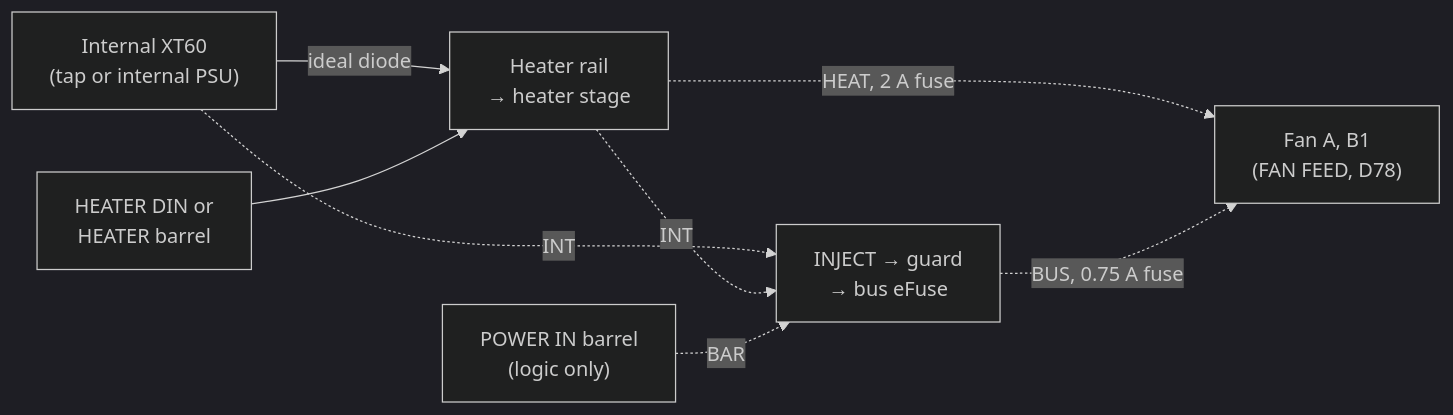
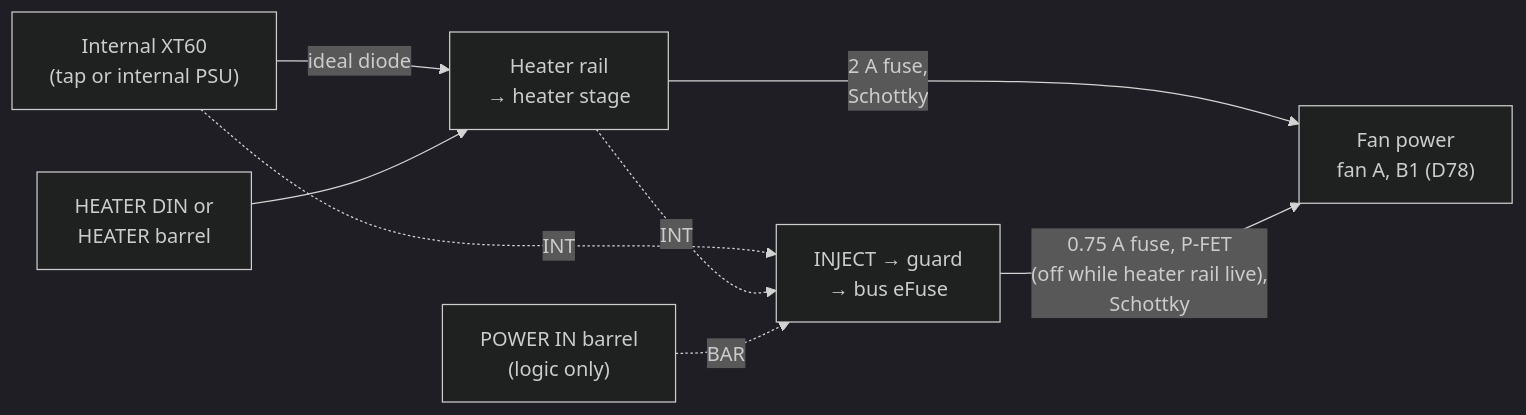
Before and after one commit to BashfulBits/3dp-fleet-exhaust: the second of 3 diagrams in docs/02_hardware_specification.md, drawn with Mermaid (dark theme). The commit also changed other lines of this file and 5 other files, not shown here.

First line of the commit message:
D78: automatic fan power feed instead of the FAN FEED shunt

````diff
--- a/docs/02_hardware_specification.md
+++ b/docs/02_hardware_specification.md
@@ -68,10 +68,10 @@
 ```mermaid
 flowchart LR
   HIN["Internal XT60<br>(tap or internal PSU)"] -->|"ideal diode"| HR["Heater rail<br>→ heater stage"]
   HB["HEATER DIN or<br>HEATER barrel"] --> HR
   HIN -.->|"INT"| EF["INJECT → guard<br>→ bus eFuse"]
   HR -.->|"INT"| EF
   BAR["POWER IN barrel<br>(logic only)"] -.->|"BAR"| EF
-  HR -.->|"HEAT, 2 A fuse"| FF["Fan A, B1<br>(FAN FEED, D78)"]
-  EF -.->|"BUS, 0.75 A fuse"| FF
+  HR -->|"2 A fuse,<br>Schottky"| FF["Fan power<br>fan A, B1 (D78)"]
+  EF -->|"0.75 A fuse, P-FET<br>(off while heater rail live),<br>Schottky"| FF
 ```
````
